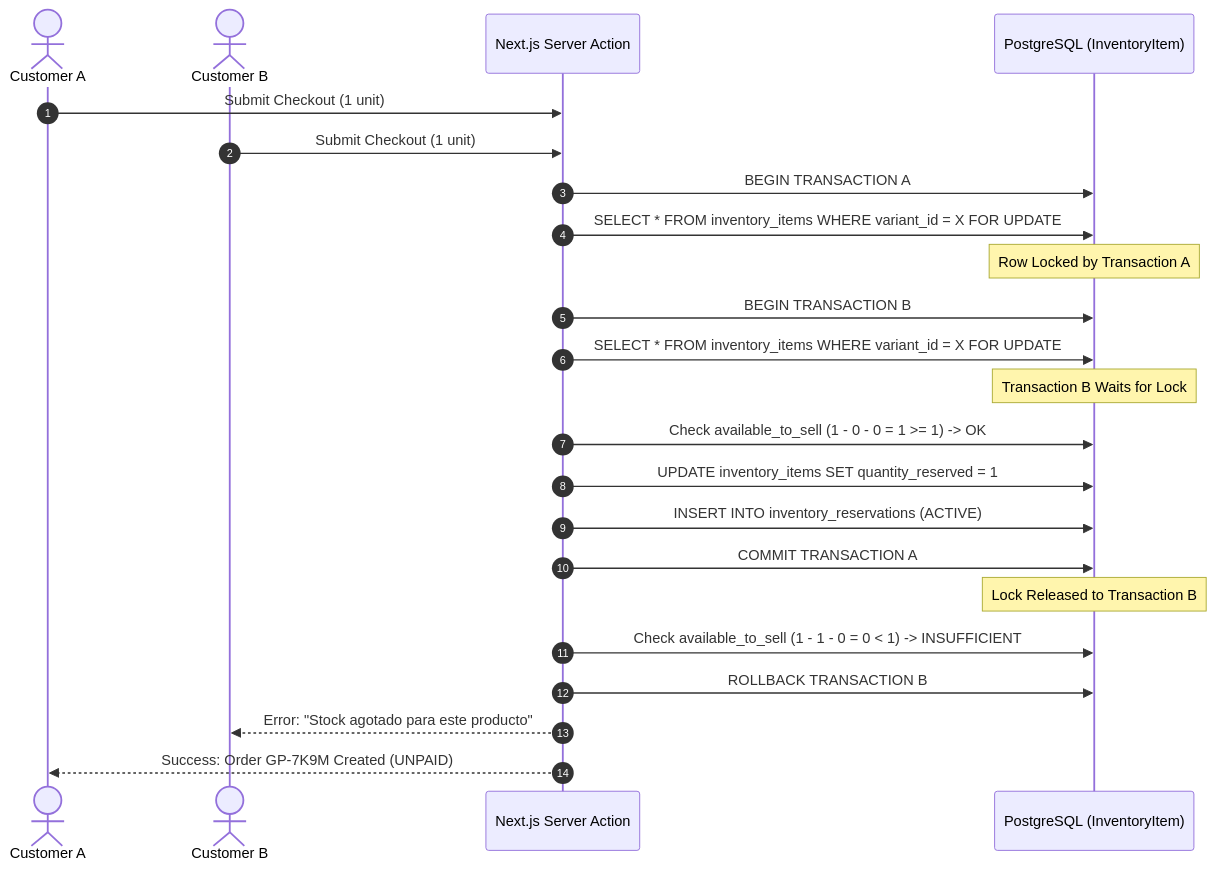
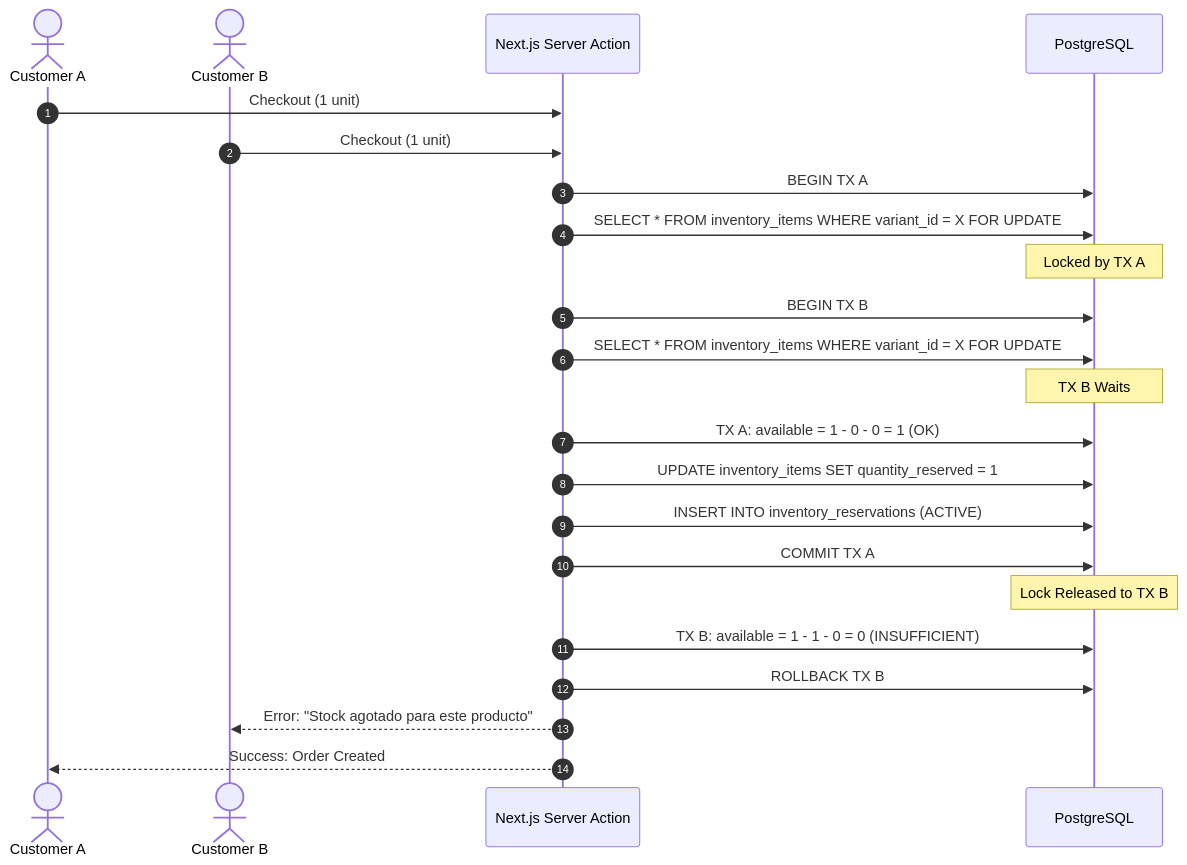
Before and after one commit to SaeBryxn/GamerPeru-Vercel: the tenth of 15 diagrams in docs/architecture/COMMERCE_DOMAIN_MODEL.md, drawn with Mermaid. The commit also changed other lines of this file and 1 other file, not shown here.

````diff
--- a/docs/architecture/COMMERCE_DOMAIN_MODEL.md
+++ b/docs/architecture/COMMERCE_DOMAIN_MODEL.md
@@ -1181,30 +1256,30 @@
 ```mermaid
 sequenceDiagram
     autonumber
     actor CustomerA as Customer A
     actor CustomerB as Customer B
     participant API as Next.js Server Action
-    participant DB as PostgreSQL (InventoryItem)
+    participant DB as PostgreSQL
 
-    CustomerA->>API: Submit Checkout (1 unit)
-    CustomerB->>API: Submit Checkout (1 unit)
+    CustomerA->>API: Checkout (1 unit)
+    CustomerB->>API: Checkout (1 unit)
     
-    API->>DB: BEGIN TRANSACTION A
+    API->>DB: BEGIN TX A
     API->>DB: SELECT * FROM inventory_items WHERE variant_id = X FOR UPDATE
-    Note over DB: Row Locked by Transaction A
+    Note over DB: Locked by TX A
     
-    API->>DB: BEGIN TRANSACTION B
+    API->>DB: BEGIN TX B
     API->>DB: SELECT * FROM inventory_items WHERE variant_id = X FOR UPDATE
-    Note over DB: Transaction B Waits for Lock
+    Note over DB: TX B Waits
     
-    API->>DB: Check available_to_sell (1 - 0 - 0 = 1 >= 1) -> OK
+    API->>DB: TX A: available = 1 - 0 - 0 = 1 (OK)
     API->>DB: UPDATE inventory_items SET quantity_reserved = 1
     API->>DB: INSERT INTO inventory_reservations (ACTIVE)
-    API->>DB: COMMIT TRANSACTION A
-    Note over DB: Lock Released to Transaction B
+    API->>DB: COMMIT TX A
+    Note over DB: Lock Released to TX B
     
-    API->>DB: Check available_to_sell (1 - 1 - 0 = 0 < 1) -> INSUFFICIENT
-    API->>DB: ROLLBACK TRANSACTION B
+    API->>DB: TX B: available = 1 - 1 - 0 = 0 (INSUFFICIENT)
+    API->>DB: ROLLBACK TX B
     API-->>CustomerB: Error: "Stock agotado para este producto"
-    API-->>CustomerA: Success: Order GP-7K9M Created (UNPAID)
+    API-->>CustomerA: Success: Order Created
 ```
````
